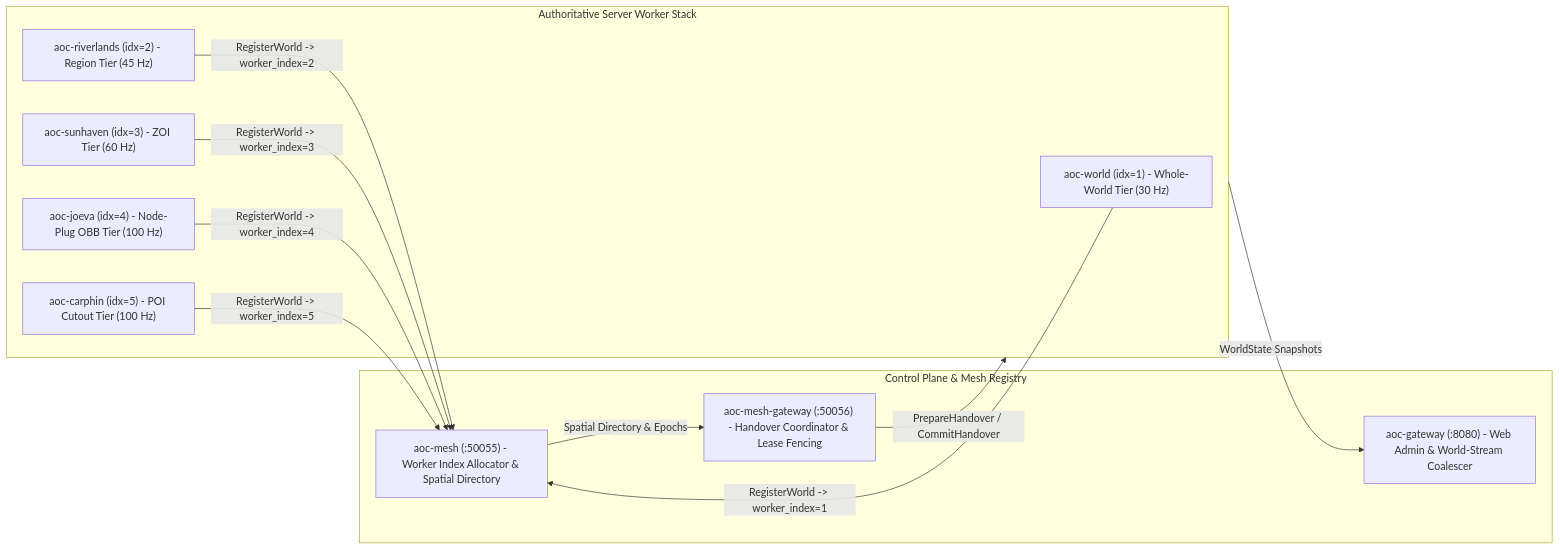
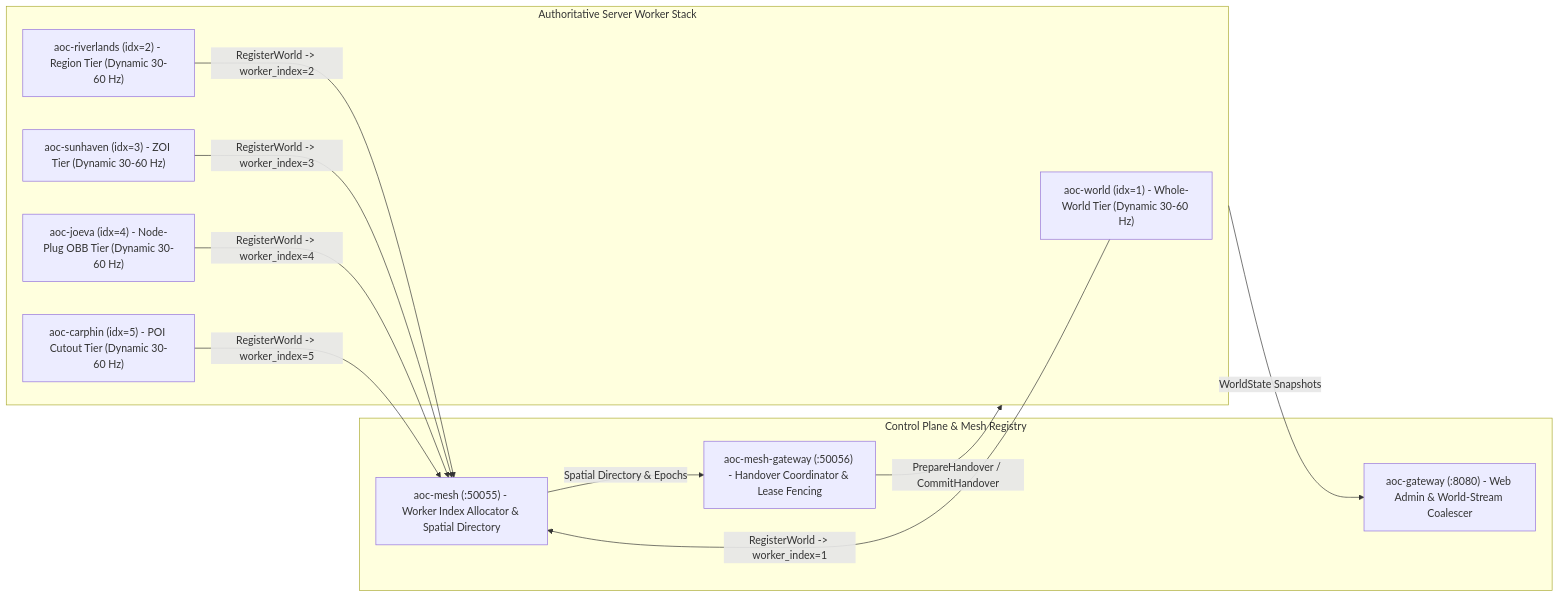
One commit to debuggin/SandalCore changed the first of 2 diagrams in docs/SERVER_WORKERS.md. Above: the diagram before and after it, drawn with Mermaid. The commit also changed other lines of this file and 18 other files, not shown here.

````diff
--- a/docs/SERVER_WORKERS.md
+++ b/docs/SERVER_WORKERS.md
@@ -48,25 +48,25 @@
 ```mermaid
 flowchart LR
     subgraph ControlPlane["Control Plane & Mesh Registry"]
         Mesh["aoc-mesh (:50055) - Worker Index Allocator & Spatial Directory"]
         Gateway["aoc-mesh-gateway (:50056) - Handover Coordinator & Lease Fencing"]
         AdminGw["aoc-gateway (:8080) - Web Admin & World-Stream Coalescer"]
     end
 
     subgraph WorkerStack["Authoritative Server Worker Stack"]
-        WWorld["aoc-world (idx=1) - Whole-World Tier (30 Hz)"]
-        WRegion["aoc-riverlands (idx=2) - Region Tier (45 Hz)"]
-        WZOI["aoc-sunhaven (idx=3) - ZOI Tier (60 Hz)"]
-        WPlug["aoc-joeva (idx=4) - Node-Plug OBB Tier (100 Hz)"]
-        WPoly["aoc-carphin (idx=5) - POI Cutout Tier (100 Hz)"]
+        WWorld["aoc-world (idx=1) - Whole-World Tier (Dynamic 30-60 Hz)"]
+        WRegion["aoc-riverlands (idx=2) - Region Tier (Dynamic 30-60 Hz)"]
+        WZOI["aoc-sunhaven (idx=3) - ZOI Tier (Dynamic 30-60 Hz)"]
+        WPlug["aoc-joeva (idx=4) - Node-Plug OBB Tier (Dynamic 30-60 Hz)"]
+        WPoly["aoc-carphin (idx=5) - POI Cutout Tier (Dynamic 30-60 Hz)"]
     end
 
     WWorld -->|"RegisterWorld -> worker_index=1"| Mesh
     WRegion -->|"RegisterWorld -> worker_index=2"| Mesh
     WZOI -->|"RegisterWorld -> worker_index=3"| Mesh
     WPlug -->|"RegisterWorld -> worker_index=4"| Mesh
     WPoly -->|"RegisterWorld -> worker_index=5"| Mesh
     Mesh -->|"Spatial Directory & Epochs"| Gateway
     Gateway -->|"PrepareHandover / CommitHandover"| WorkerStack
     WorkerStack -->|"WorldState Snapshots"| AdminGw
 ```
````
